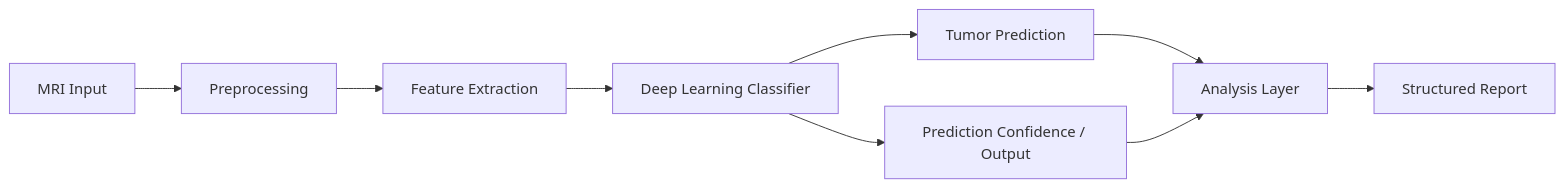
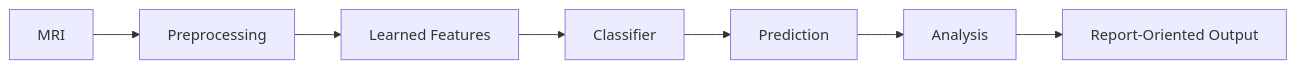
Before and after one commit to ShlokMishra01/Advanced-Brain-tumor-detection-model: the second of 4 diagrams in README.md, drawn with Mermaid. The commit also changed other lines of this file, not shown here.

````diff
--- a/README.md
+++ b/README.md
@@ -194,15 +392,15 @@
 ```mermaid
 flowchart LR
 
-    A["MRI Input"] --> B["Preprocessing"]
-    B --> C["Feature Extraction"]
-    C --> D["Deep Learning Classifier"]
+    A["MRI"] --> B["Preprocessing"]
 
-    D --> E["Tumor Prediction"]
-    D --> F["Prediction Confidence / Output"]
+    B --> C["Learned Features"]
 
-    E --> G["Analysis Layer"]
-    F --> G
+    C --> D["Classifier"]
 
-    G --> H["Structured Report"]
+    D --> E["Prediction"]
+
+    E --> F["Analysis"]
+
+    F --> G["Report-Oriented Output"]
 ```
````
